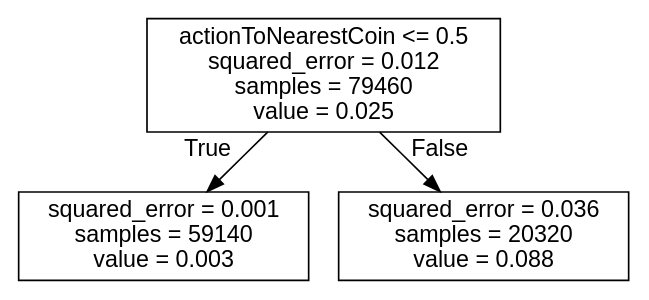
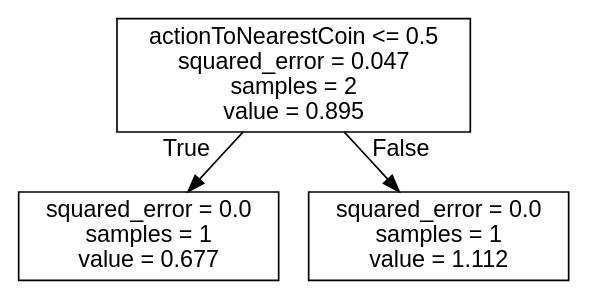
One commit to J-Gann/FML changed the diagram in bomberman_rl/agent_code/my_agent/trees/DOWN.dot. Above: the diagram before and after it, drawn with Graphviz. The commit also changed 10 other files, not shown here.

```diff
--- a/bomberman_rl/agent_code/my_agent/trees/DOWN.dot
+++ b/bomberman_rl/agent_code/my_agent/trees/DOWN.dot
@@ -1,9 +1,9 @@
 digraph Tree {
 node [shape=box, fontname="helvetica"] ;
 edge [fontname="helvetica"] ;
-0 [label="actionToNearestCoin <= 0.5\nsquared_error = 0.012\nsamples = 79460\nvalue = 0.025"] ;
-1 [label="squared_error = 0.001\nsamples = 59140\nvalue = 0.003"] ;
+0 [label="actionToNearestCoin <= 0.5\nsquared_error = 0.047\nsamples = 2\nvalue = 0.895"] ;
+1 [label="squared_error = 0.0\nsamples = 1\nvalue = 0.677"] ;
 0 -> 1 [labeldistance=2.5, labelangle=45, headlabel="True"] ;
-2 [label="squared_error = 0.036\nsamples = 20320\nvalue = 0.088"] ;
+2 [label="squared_error = 0.0\nsamples = 1\nvalue = 1.112"] ;
 0 -> 2 [labeldistance=2.5, labelangle=-45, headlabel="False"] ;
 }
```
